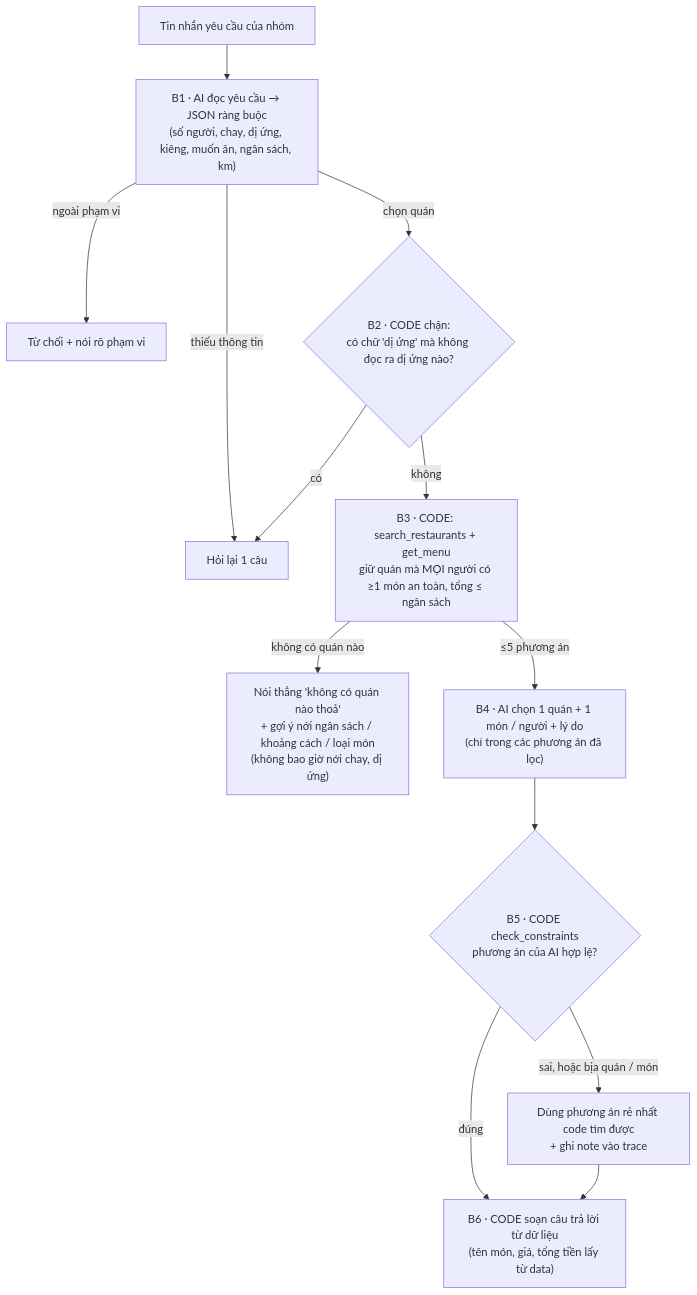
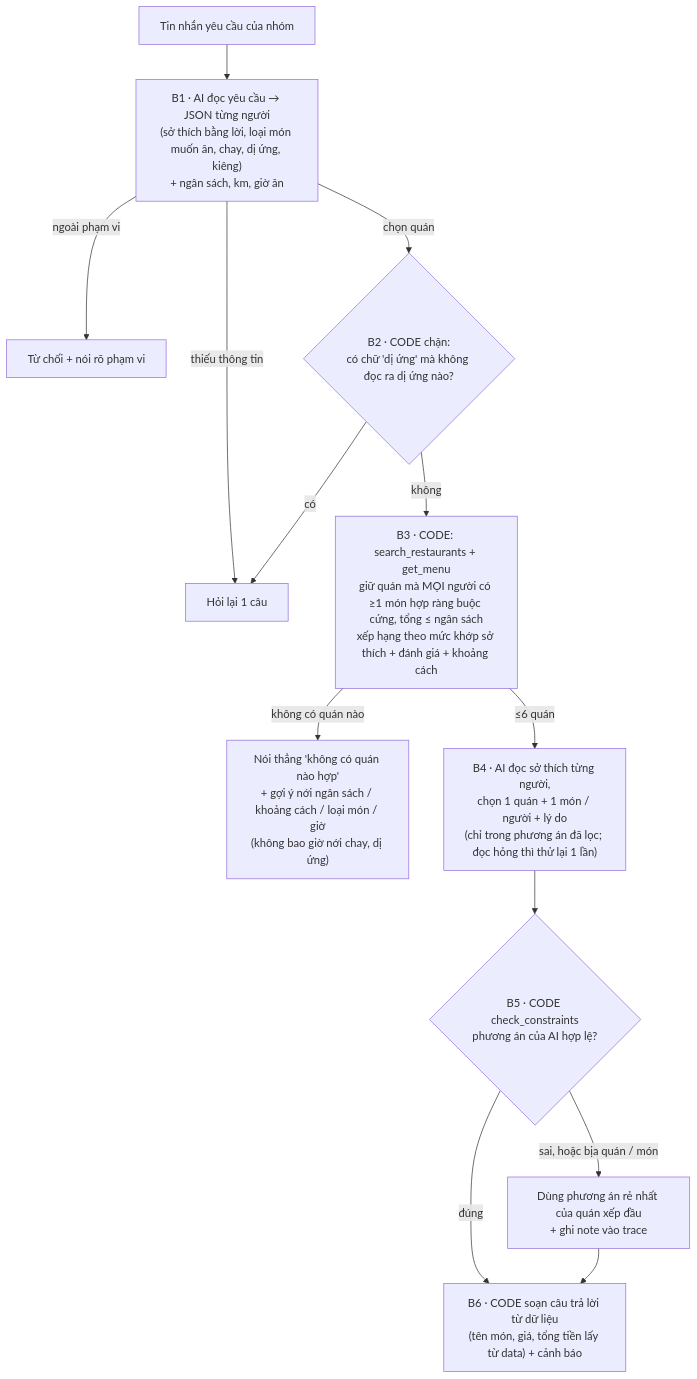
Before and after one commit to justapea25/K5-Day15-L3B-MALTO: the diagram in spec.md, drawn with Mermaid. The commit also changed other lines of this file and 41 other files, not shown here.

Commit message:
Đổi hướng: chọn quán cho nhóm mỗi người một ý; data agent dựng giả có seed theo số liệu menu thật

````diff
--- a/spec.md
+++ b/spec.md
@@ -45,15 +46,15 @@
 ```mermaid
 flowchart TD
-    U[Tin nhắn yêu cầu của nhóm] --> B1["B1 · AI đọc yêu cầu → JSON ràng buộc<br/>(số người, chay, dị ứng, kiêng, muốn ăn, ngân sách, km)"]
+    U[Tin nhắn yêu cầu của nhóm] --> B1["B1 · AI đọc yêu cầu → JSON từng người<br/>(sở thích bằng lời, loại món muốn ăn, chay, dị ứng, kiêng)<br/>+ ngân sách, km, giờ ăn"]
     B1 -->|ngoài phạm vi| R1[Từ chối + nói rõ phạm vi]
     B1 -->|thiếu thông tin| R2[Hỏi lại 1 câu]
     B1 -->|chọn quán| B2{"B2 · CODE chặn:<br/>có chữ 'dị ứng' mà không đọc ra dị ứng nào?"}
     B2 -->|có| R2
-    B2 -->|không| B3["B3 · CODE: search_restaurants + get_menu<br/>giữ quán mà MỌI người có ≥1 món an toàn, tổng ≤ ngân sách"]
-    B3 -->|không có quán nào| R3["Nói thẳng 'không có quán nào thoả'<br/>+ gợi ý nới ngân sách / khoảng cách / loại món<br/>(không bao giờ nới chay, dị ứng)"]
-    B3 -->|≤5 phương án| B4["B4 · AI chọn 1 quán + 1 món / người + lý do<br/>(chỉ trong các phương án đã lọc)"]
+    B2 -->|không| B3["B3 · CODE: search_restaurants + get_menu<br/>giữ quán mà MỌI người có ≥1 món hợp ràng buộc cứng, tổng ≤ ngân sách<br/>xếp hạng theo mức khớp sở thích + đánh giá + khoảng cách"]
+    B3 -->|không có quán nào| R3["Nói thẳng 'không có quán nào hợp'<br/>+ gợi ý nới ngân sách / khoảng cách / loại món / giờ<br/>(không bao giờ nới chay, dị ứng)"]
+    B3 -->|≤6 quán| B4["B4 · AI đọc sở thích từng người,<br/>chọn 1 quán + 1 món / người + lý do<br/>(chỉ trong phương án đã lọc; đọc hỏng thì thử lại 1 lần)"]
     B4 --> B5{"B5 · CODE check_constraints<br/>phương án của AI hợp lệ?"}
-    B5 -->|sai, hoặc bịa quán / món| F[Dùng phương án rẻ nhất code tìm được<br/>+ ghi note vào trace]
+    B5 -->|sai, hoặc bịa quán / món| F[Dùng phương án rẻ nhất của quán xếp đầu<br/>+ ghi note vào trace]
     B5 -->|đúng| B6
-    F --> B6["B6 · CODE soạn câu trả lời từ dữ liệu<br/>(tên món, giá, tổng tiền lấy từ data)"]
+    F --> B6["B6 · CODE soạn câu trả lời từ dữ liệu<br/>(tên món, giá, tổng tiền lấy từ data) + cảnh báo"]
 ```
````
